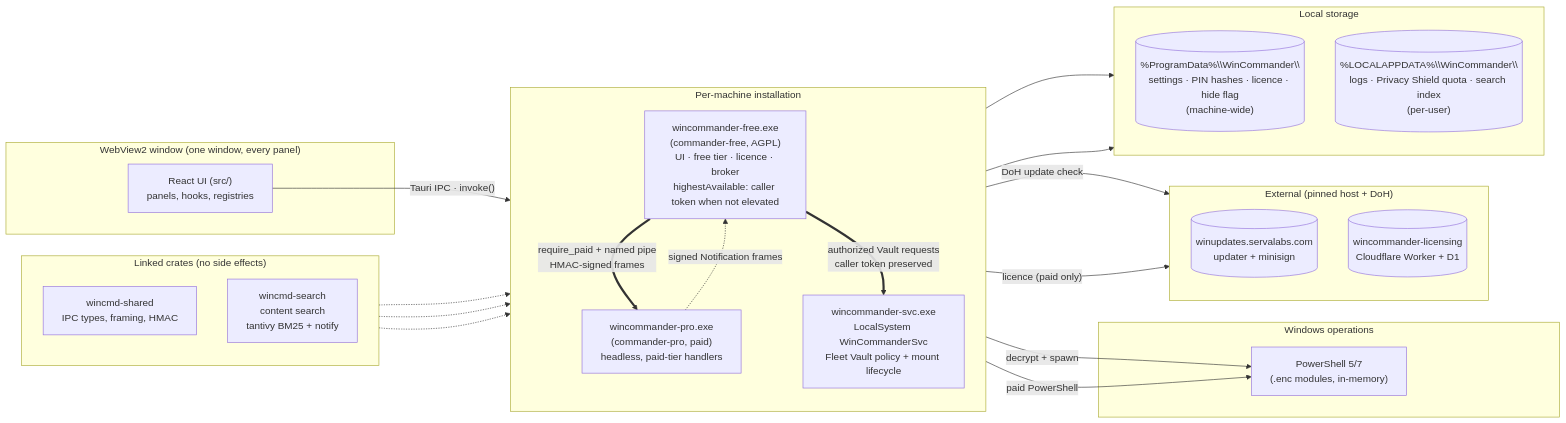
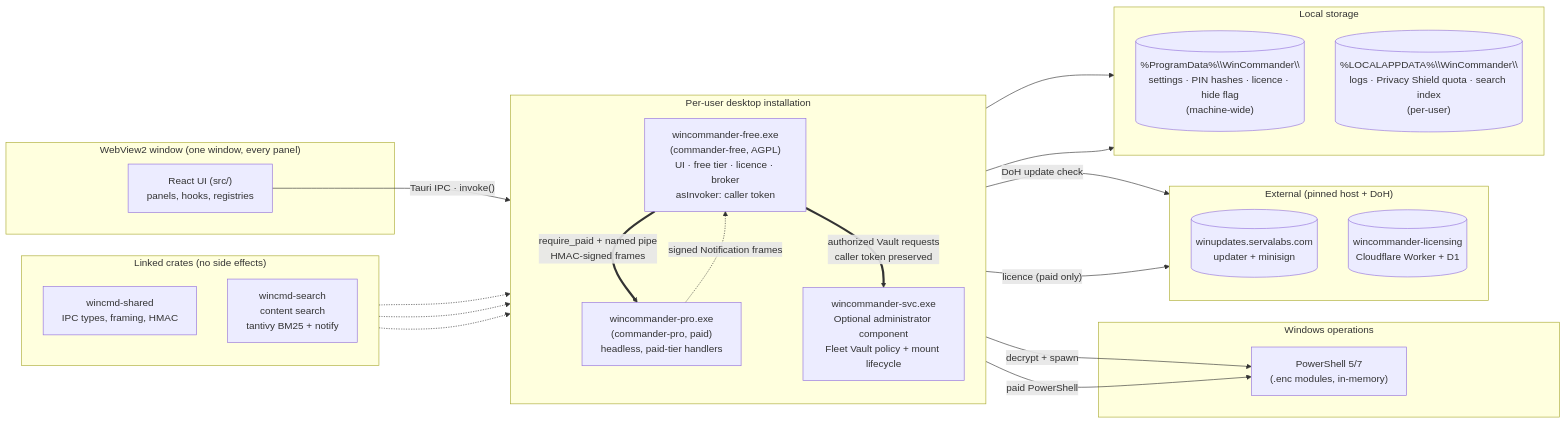
Before and after one commit to servalabs/wincommander: the first of 3 diagrams in ARCHITECTURE.md, drawn with Mermaid. The commit also changed other lines of this file and 10 other files, not shown here.

````diff
--- a/ARCHITECTURE.md
+++ b/ARCHITECTURE.md
@@ -11,49 +11,49 @@
 ```mermaid
 flowchart LR
   subgraph window["WebView2 window (one window, every panel)"]
     UI["React UI (src/)<br/>panels, hooks, registries"]
   end
 
-  subgraph binaries["Per-machine installation"]
+  subgraph binaries["Per-user desktop installation"]
     direction TB
-    FREE["wincommander-free.exe<br/>(commander-free, AGPL)<br/>UI · free tier · licence · broker<br/>highestAvailable: caller token when not elevated"]
+    FREE["wincommander-free.exe<br/>(commander-free, AGPL)<br/>UI · free tier · licence · broker<br/>asInvoker: caller token"]
     PRO["wincommander-pro.exe<br/>(commander-pro, paid)<br/>headless, paid-tier handlers"]
-    SVC["wincommander-svc.exe<br/>LocalSystem WinCommanderSvc<br/>Fleet Vault policy + mount lifecycle"]
+    SVC["wincommander-svc.exe<br/>Optional administrator component<br/>Fleet Vault policy + mount lifecycle"]
   end
 
   subgraph crates["Linked crates (no side effects)"]
     direction TB
     SHARED["wincmd-shared<br/>IPC types, framing, HMAC"]
     SEARCH["wincmd-search<br/>content search<br/>tantivy BM25 + notify"]
   end
 
   subgraph ops["Windows operations"]
     PS["PowerShell 5/7<br/>(.enc modules, in-memory)"]
   end
 
   subgraph endpoints["External (pinned host + DoH)"]
     direction TB
     UPD[("winupdates.servalabs.com<br/>updater + minisign")]
     LIC[("wincommander-licensing<br/>Cloudflare Worker + D1")]
   end
 
   subgraph storage["Local storage"]
     direction TB
     STORE[("%ProgramData%\\WinCommander\\<br/>settings · PIN hashes · licence · hide flag<br/>(machine-wide)")]
     USTORE[("%LOCALAPPDATA%\\WinCommander\\<br/>logs · Privacy Shield quota · search index<br/>(per-user)")]
   end
 
   UI -- "Tauri IPC · invoke()" --> FREE
   FREE -- "decrypt + spawn" --> PS
   FREE == "require_paid + named pipe<br/>HMAC-signed frames" ==> PRO
   FREE == "authorized Vault requests<br/>caller token preserved" ==> SVC
   PRO -- "paid PowerShell" --> PS
   PRO -. "signed Notification frames" .-> FREE
   FREE -- "DoH update check" --> UPD
   FREE -- "licence (paid only)" --> LIC
   FREE --> STORE
   FREE --> USTORE
   SHARED -.-> FREE
   SHARED -.-> PRO
   SEARCH -.-> FREE
 ```
````
